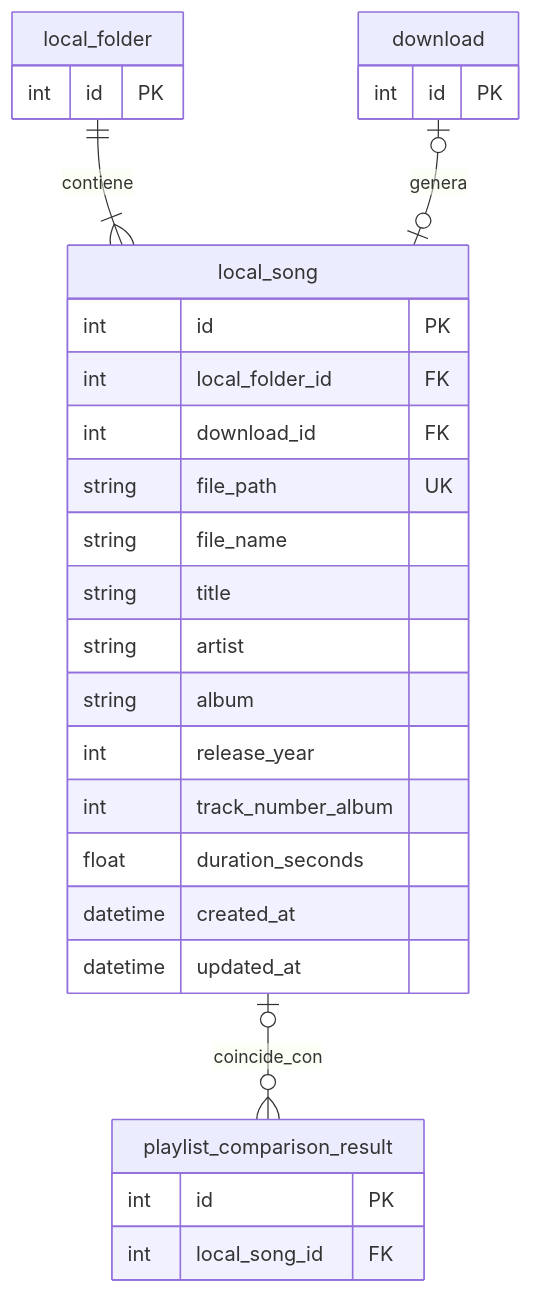
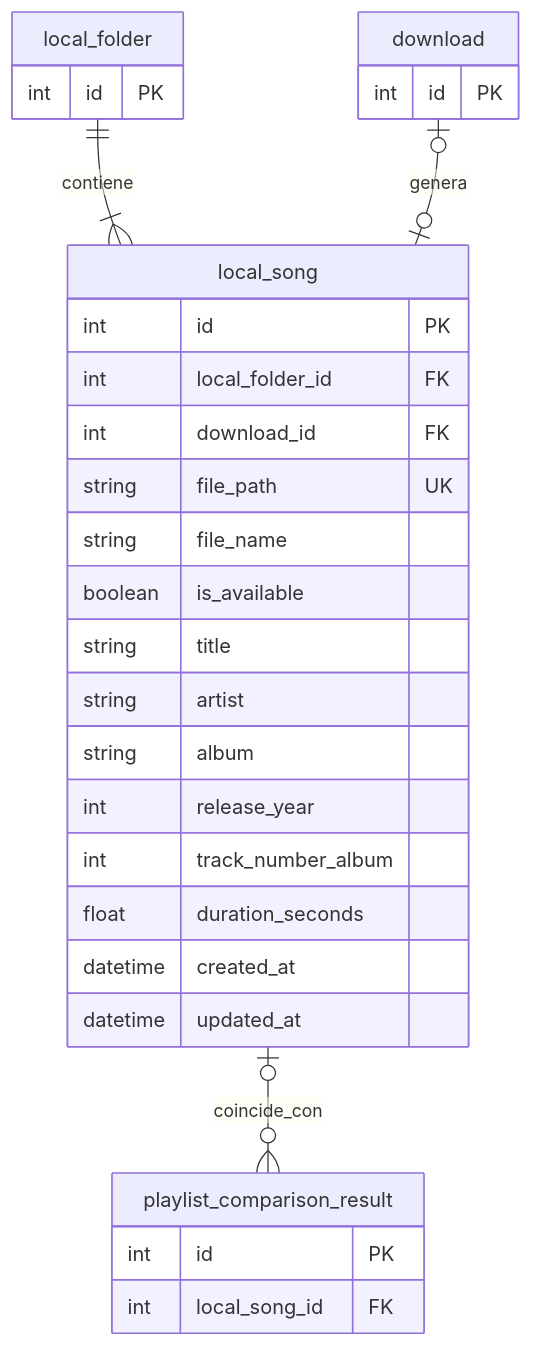
Before and after one commit to AngelRagel05/AppMusic: the diagram in doc/bbdd/tables/localSong.md, drawn with Mermaid. The commit also changed other lines of this file and 16 other files, not shown here.

````diff
--- a/doc/bbdd/tables/localSong.md
+++ b/doc/bbdd/tables/localSong.md
@@ -39,35 +40,36 @@
 ```mermaid
 erDiagram
     local_song {
         int id PK
         int local_folder_id FK
         int download_id FK
         string file_path UK
         string file_name
+        boolean is_available
         string title
         string artist
         string album
         int release_year
         int track_number_album
         float duration_seconds
         datetime created_at
         datetime updated_at
     }
 
     local_folder {
         int id PK
     }
 
     download {
         int id PK
     }
 
     playlist_comparison_result {
         int id PK
         int local_song_id FK
     }
 
     local_folder ||--|{ local_song : contiene
     download o|--o| local_song : genera
     local_song o|--o{ playlist_comparison_result : coincide_con
 ```
````
